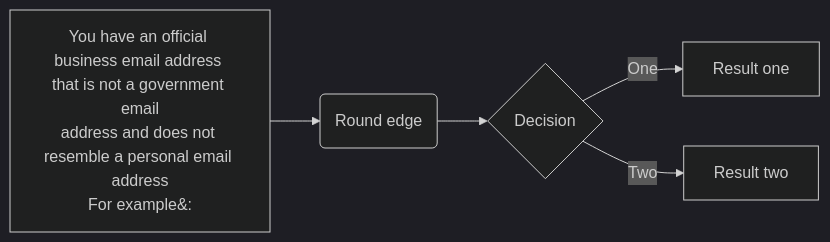
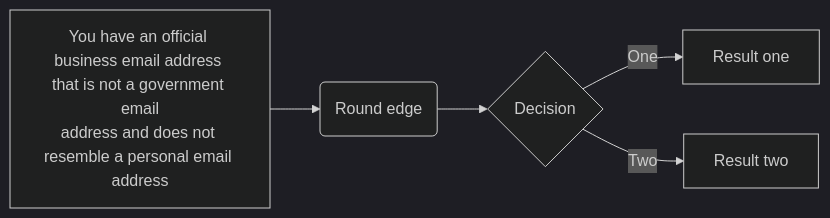
The diagram in docs/onboard-to-techpass.md (GovTechSG/techpass-user-docs), drawn with Mermaid (dark theme) before and after one commit. The commit also changed other lines of this file, not shown here.

````diff
--- a/docs/onboard-to-techpass.md
+++ b/docs/onboard-to-techpass.md
@@ -7,7 +7,7 @@
 ```mermaid
 graph LR
-A[You have an official business email address that is not a government email<br>address and does not resemble a personal email address<br>For example&#58;] -->B(Round edge)
+A[You have an official business email address that is not a government email<br>address and does not resemble a personal email address<br>] -->B(Round edge)
     B --> C{Decision}
     C -->|One| D[Result one]
     C -->|Two| E[Result two]
 ```
````
